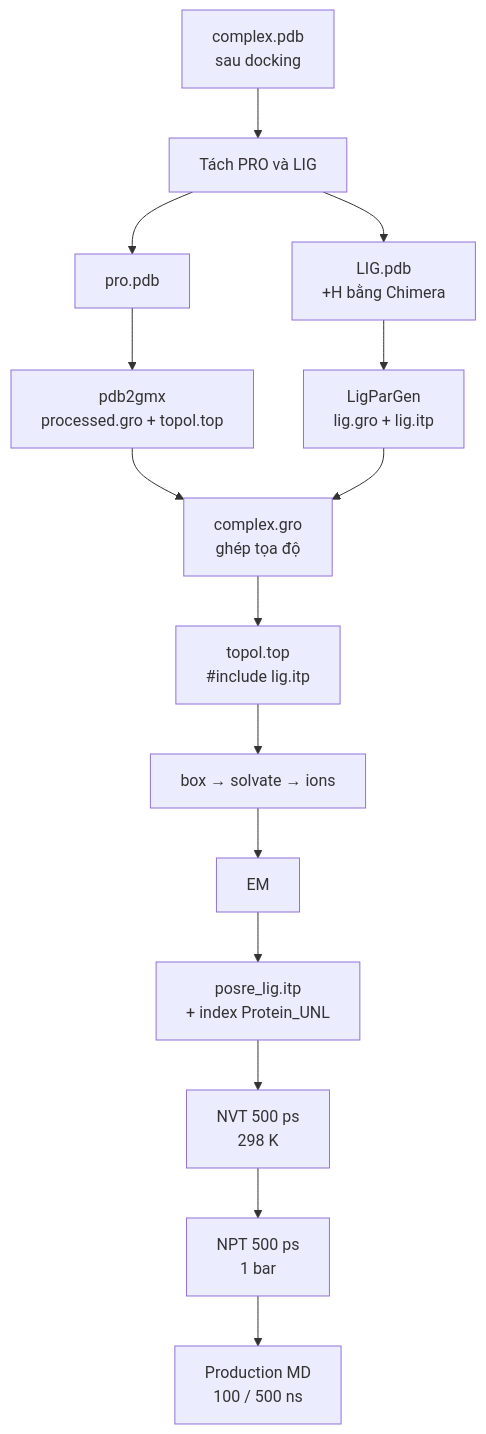
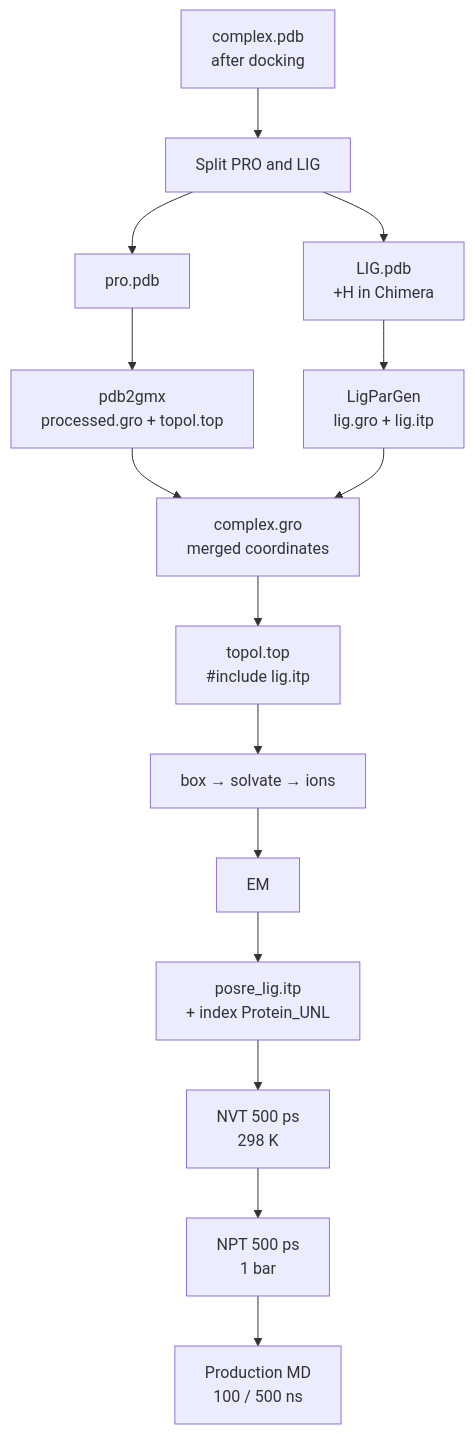
The diagram in protein-ligand/holo/README.md (129namworkkk/gromacs-md-protocols), drawn with Mermaid before and after one commit. The commit also changed other lines of this file and 12 other files, not shown here.

````diff
--- a/protein-ligand/holo/README.md
+++ b/protein-ligand/holo/README.md
@@ -8,17 +8,17 @@
 ```mermaid
 flowchart TD
-    A[complex.pdb<br/>sau docking] --> B[Tách PRO và LIG]
+    A[complex.pdb<br/>after docking] --> B[Split PRO and LIG]
     B --> P1[pro.pdb]
-    B --> L1[LIG.pdb<br/>+H bằng Chimera]
+    B --> L1[LIG.pdb<br/>+H in Chimera]
     P1 --> P2[pdb2gmx<br/>processed.gro + topol.top]
     L1 --> L2[LigParGen<br/>lig.gro + lig.itp]
-    P2 --> C[complex.gro<br/>ghép tọa độ]
+    P2 --> C[complex.gro<br/>merged coordinates]
     L2 --> C
     C --> T["topol.top<br/>#include lig.itp"]
     T --> S[box → solvate → ions]
     S --> EM[EM]
     EM --> R[posre_lig.itp<br/>+ index Protein_UNL]
     R --> NVT[NVT 500 ps<br/>298 K]
     NVT --> NPT[NPT 500 ps<br/>1 bar]
     NPT --> MD[Production MD<br/>100 / 500 ns]
 ```
````
